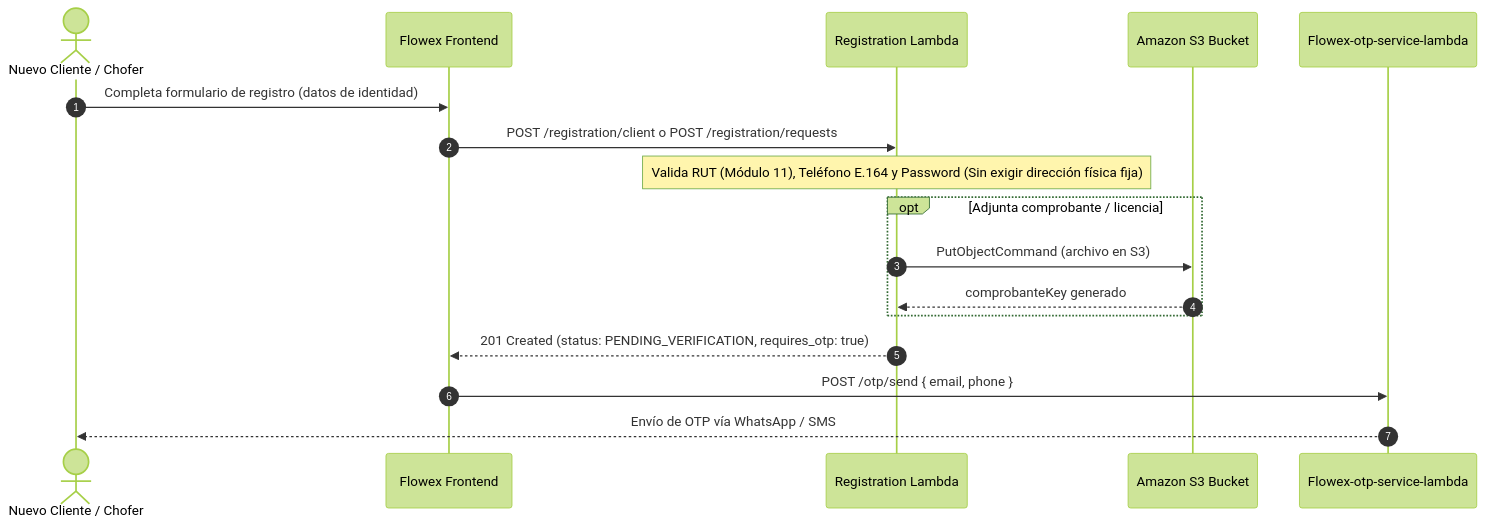
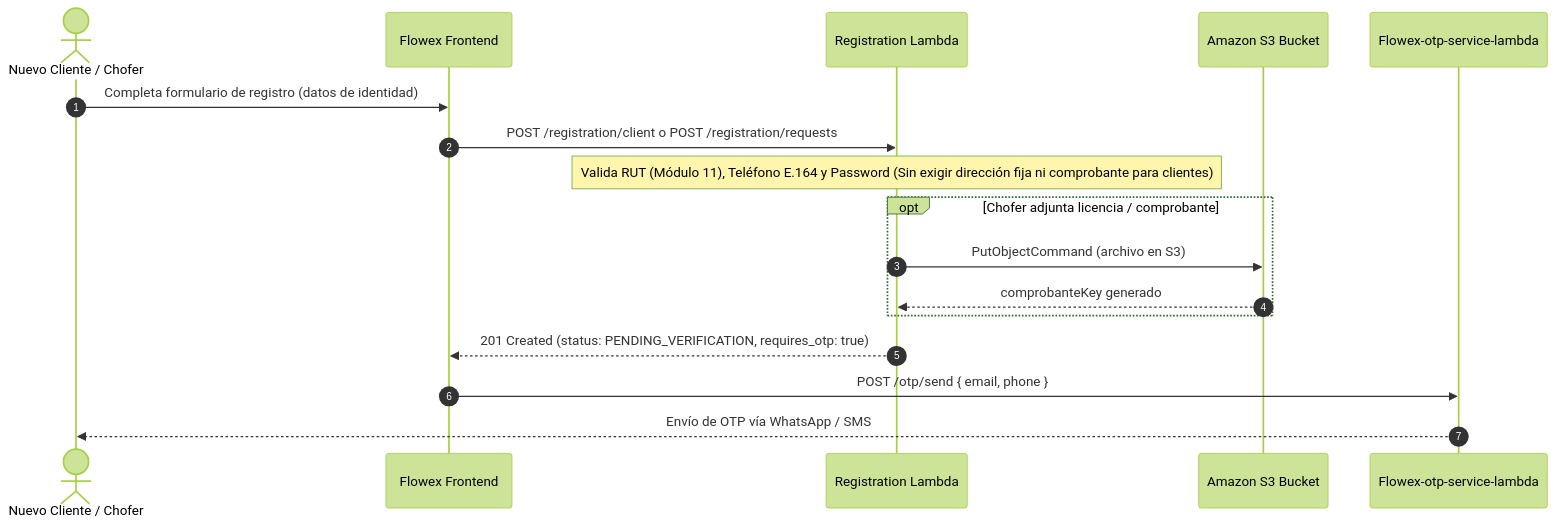
The diagram in docs-src/registration.md (start-level-cl/Flowex-api-docs), drawn with Mermaid (forest theme) before and after one commit. The commit also changed other lines of this file and 25 other files, not shown here.

````diff
--- a/docs-src/registration.md
+++ b/docs-src/registration.md
@@ -49,21 +50,21 @@
 ```mermaid
 sequenceDiagram
     autonumber
     actor Solicitante as Nuevo Cliente / Chofer
     participant WebApp as Flowex Frontend
     participant RegLambda as Registration Lambda
     participant S3 as Amazon S3 Bucket
     participant OTPService as Flowex-otp-service-lambda
 
     Solicitante->>WebApp: Completa formulario de registro (datos de identidad)
     WebApp->>RegLambda: POST /registration/client o POST /registration/requests
-    Note over RegLambda: Valida RUT (Módulo 11), Teléfono E.164 y Password (Sin exigir dirección física fija)
-    opt Adjunta comprobante / licencia
+    Note over RegLambda: Valida RUT (Módulo 11), Teléfono E.164 y Password (Sin exigir dirección fija ni comprobante para clientes)
+    opt Chofer adjunta licencia / comprobante
         RegLambda->>S3: PutObjectCommand (archivo en S3)
         S3-->>RegLambda: comprobanteKey generado
     end
     RegLambda-->>WebApp: 201 Created (status: PENDING_VERIFICATION, requires_otp: true)
     
     WebApp->>OTPService: POST /otp/send { email, phone }
     OTPService-->>Solicitante: Envío de OTP vía WhatsApp / SMS
 ```
````
